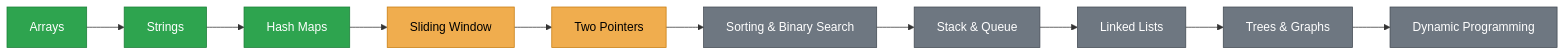
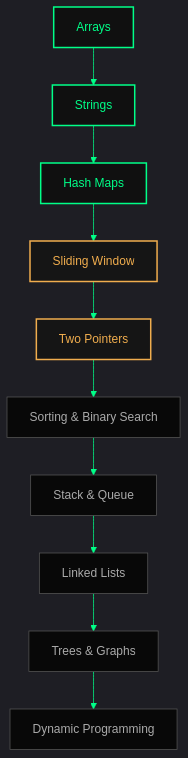
One commit to Debajyoti02-mac/Data-Structures-and-Algorithms- changed the diagram in README.md. Above: the diagram before and after it, drawn with Mermaid. The commit also changed other lines of this file, not shown here.

````diff
--- a/README.md
+++ b/README.md
@@ -56,14 +70,20 @@
-```mermaid
-flowchart LR
-    A[Arrays] --> B[Strings] --> C[Hash Maps]
-    C --> D[Sliding Window] --> E[Two Pointers]
-    E --> F[Sorting & Binary Search] --> G[Stack & Queue]
-    G --> H[Linked Lists] --> I[Trees & Graphs] --> J[Dynamic Programming]
+``` mermaid
+%%{init: {'theme': 'dark', 'themeVariables': {'primaryColor': '#101010', 'primaryTextColor': '#00ff88', 'primaryBorderColor': '#00ff88', 'lineColor': '#00ff88', 'secondaryColor': '#151515', 'tertiaryColor': '#080808', 'fontFamily': 'monospace'}}}%%
+flowchart TD
+    A["Arrays"] --> B["Strings"]
+    B --> C["Hash Maps"]
+    C --> D["Sliding Window"]
+    D --> E["Two Pointers"]
+    E --> F["Sorting & Binary Search"]
+    F --> G["Stack & Queue"]
+    G --> H["Linked Lists"]
+    H --> I["Trees & Graphs"]
+    I --> J["Dynamic Programming"]
 
-    classDef progress fill:#2ea44f,stroke:#1a7f37,color:#fff
-    classDef learning fill:#f0ad4e,stroke:#c77c0e,color:#000
-    classDef upcoming fill:#6e7781,stroke:#424a53,color:#fff
-    class A,B,C progress
+    classDef active fill:#101010,stroke:#00ff88,color:#00ff88,stroke-width:2px
+    classDef learning fill:#151515,stroke:#f0ad4e,color:#f0ad4e,stroke-width:2px
+    classDef upcoming fill:#080808,stroke:#555,color:#aaa
+    class A,B,C active
     class D,E learning
     class F,G,H,I,J upcoming
 ```
````
